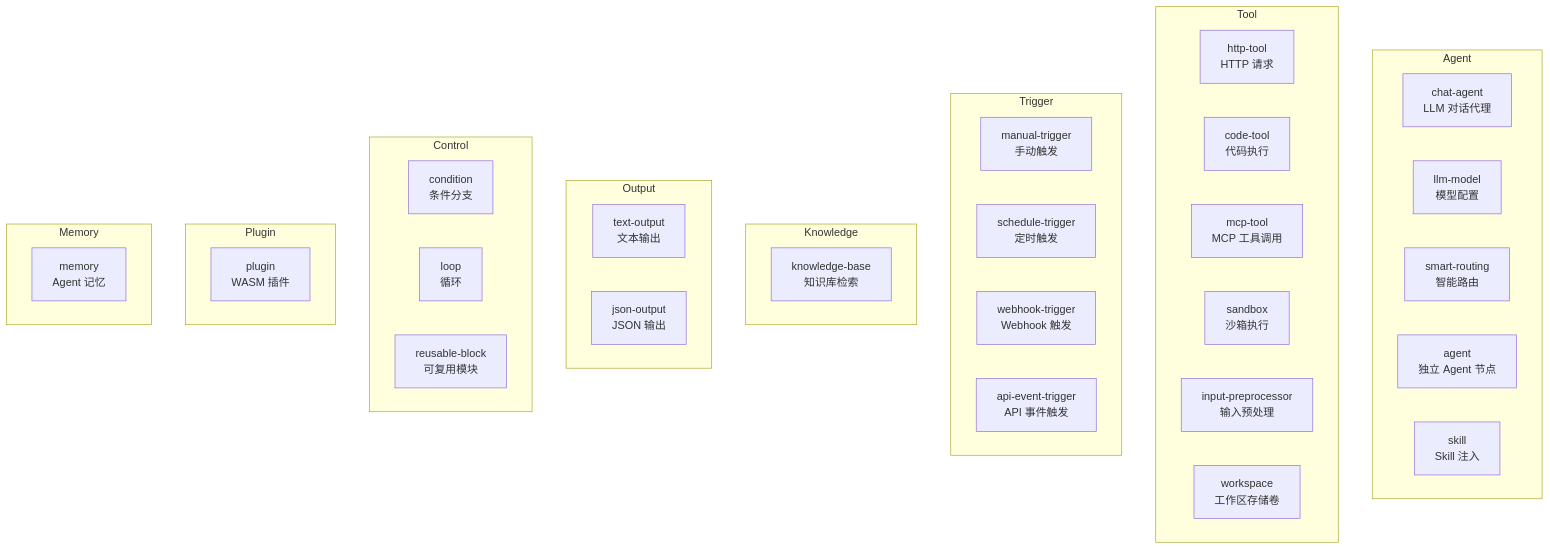
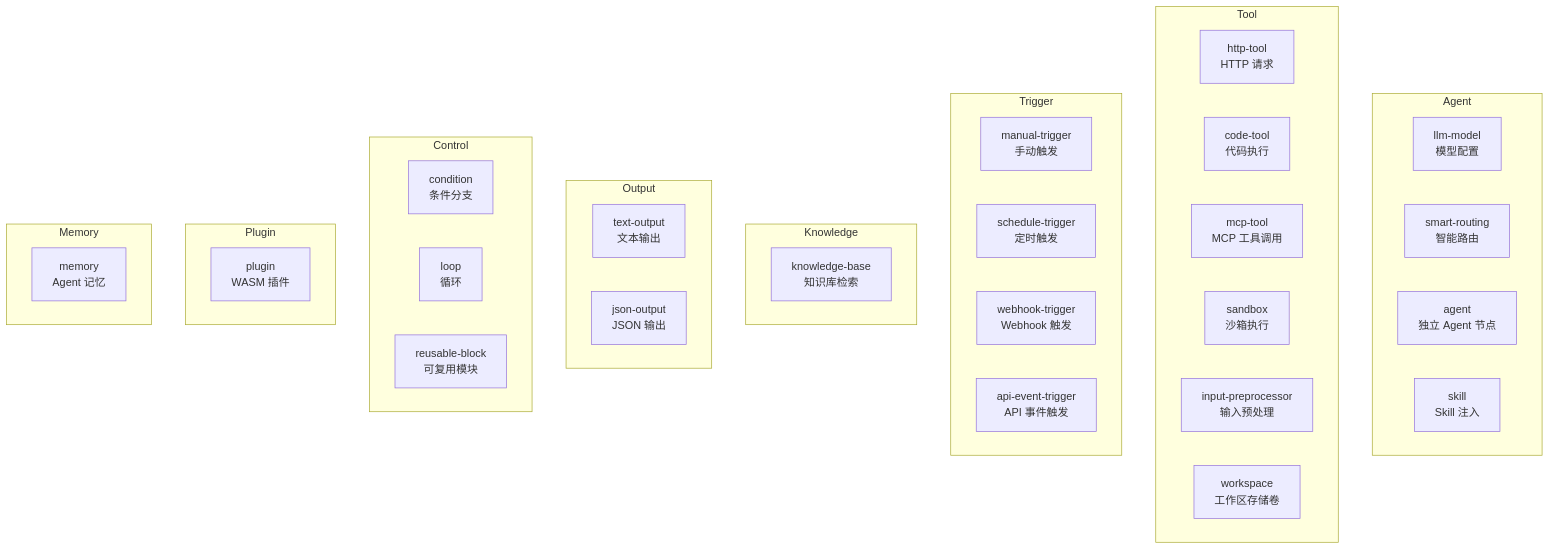
One commit to Lynricsy/AgentLoom changed the fourth of 8 diagrams in agentloom-docs/zh/guide/concepts.md. Above: the diagram before and after it, drawn with Mermaid. The commit also changed other lines of this file and 53 other files, not shown here.

First line of the commit message:
refactor(node-types): 🔥 移除 chat-agent 节点类型，统一使用 agent

````diff
--- a/agentloom-docs/zh/guide/concepts.md
+++ b/agentloom-docs/zh/guide/concepts.md
@@ -89,49 +89,48 @@
 ```mermaid
 flowchart TB
     subgraph AgentCat["Agent"]
-        ChatAgent["chat-agent<br/>LLM 对话代理"]
         LLMModel["llm-model<br/>模型配置"]
         SmartRouting2["smart-routing<br/>智能路由"]
         AgentNode["agent<br/>独立 Agent 节点"]
         SkillNode["skill<br/>Skill 注入"]
     end
 
     subgraph ToolCat["Tool"]
         HTTPTool["http-tool<br/>HTTP 请求"]
         CodeTool["code-tool<br/>代码执行"]
         MCPTool["mcp-tool<br/>MCP 工具调用"]
         SandboxNode["sandbox<br/>沙箱执行"]
         InputPreprocessor["input-preprocessor<br/>输入预处理"]
         WorkspaceNode["workspace<br/>工作区存储卷"]
     end
 
     subgraph TriggerCat["Trigger"]
         ManualTrigger["manual-trigger<br/>手动触发"]
         ScheduleTrigger["schedule-trigger<br/>定时触发"]
         WebhookTrigger["webhook-trigger<br/>Webhook 触发"]
         ApiEventTrigger["api-event-trigger<br/>API 事件触发"]
     end
 
     subgraph KnowledgeCat["Knowledge"]
         KnowledgeBase["knowledge-base<br/>知识库检索"]
     end
 
     subgraph OutputCat["Output"]
         TextOutput["text-output<br/>文本输出"]
         JsonOutput["json-output<br/>JSON 输出"]
     end
 
     subgraph ControlCat["Control"]
         Condition["condition<br/>条件分支"]
         Loop["loop<br/>循环"]
         ReusableBlock["reusable-block<br/>可复用模块"]
     end
 
     subgraph PluginCat["Plugin"]
         Plugin["plugin<br/>WASM 插件"]
     end
 
     subgraph MemoryCat["Memory"]
         Memory["memory<br/>Agent 记忆"]
     end
 ```
````
